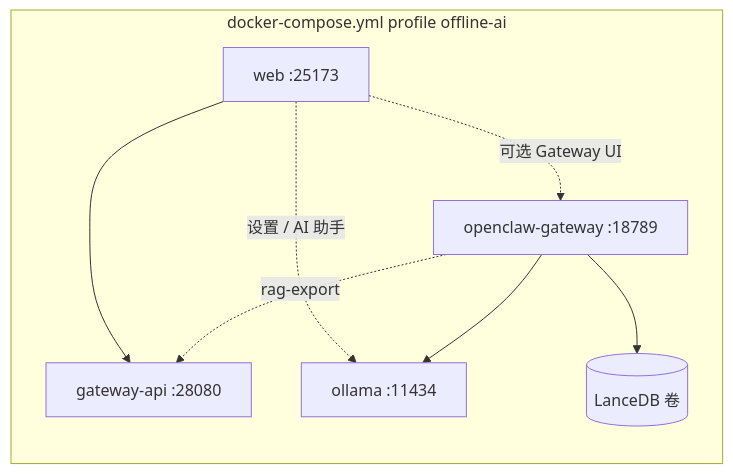
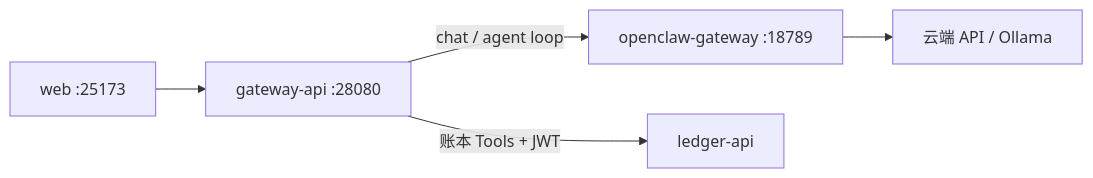
Before and after one commit to torisu-kirame/go-Smart-ledger: the diagram in docs/openclaw-integration.md, drawn with Mermaid. The commit also changed other lines of this file and 153 other files, not shown here.

````diff
--- a/docs/openclaw-integration.md
+++ b/docs/openclaw-integration.md
@@ -28,16 +20,12 @@
 ```mermaid
 flowchart LR
-  subgraph compose [docker-compose.yml profile offline-ai]
-    WEB[web :25173]
-    GW[gateway-api :28080]
-    OL[ollama :11434]
-    OC[openclaw-gateway :18789]
-    DB[(LanceDB 卷)]
-  end
+  WEB[web :25173]
+  GW[gateway-api :28080]
+  OC[openclaw-gateway :18789]
+  LLM[云端 API / Ollama]
+  LEDGER[ledger-api]
   WEB --> GW
-  WEB -.->|设置 / AI 助手| OL
-  WEB -.->|可选 Gateway UI| OC
-  OC --> OL
-  OC --> DB
-  OC -.->|rag-export| GW
+  GW -->|chat / agent loop| OC
+  OC --> LLM
+  GW -->|账本 Tools + JWT| LEDGER
 ```
````
